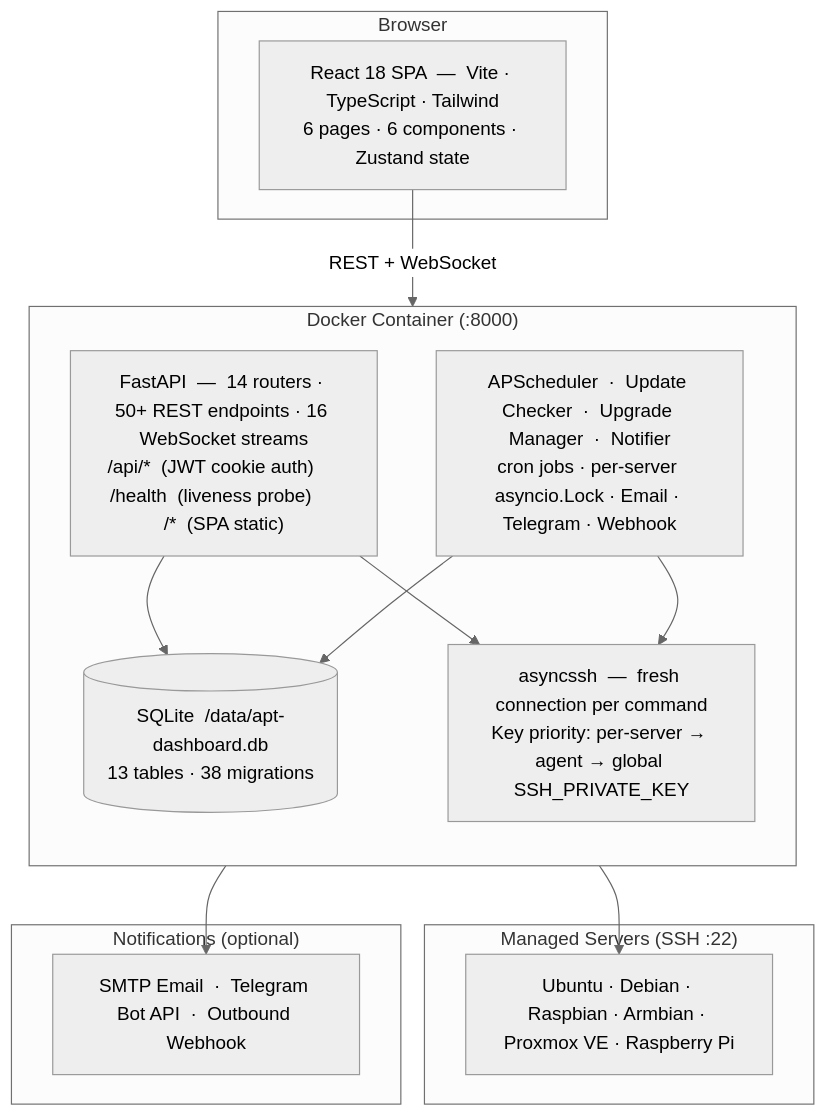
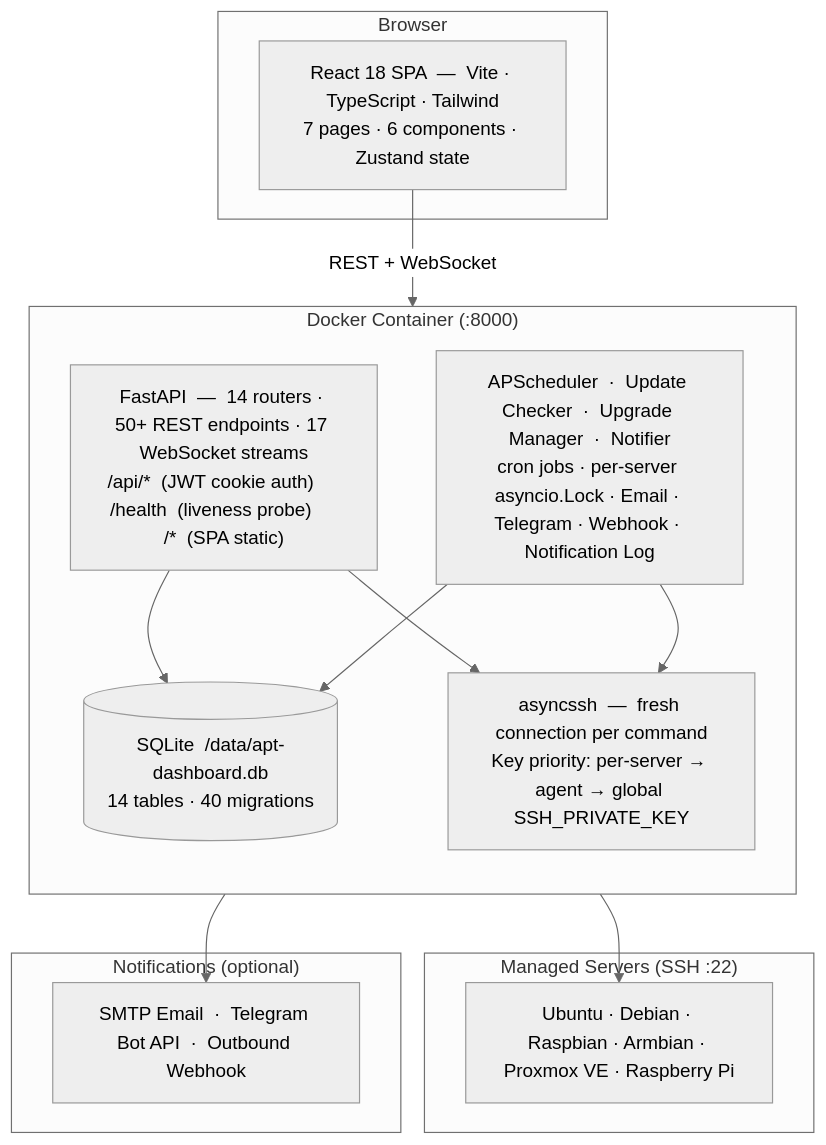
Before and after one commit to mzac/apt-ui: the diagram in README.md, drawn with Mermaid (neutral theme). The commit also changed other lines of this file and 19 other files, not shown here.

First line of the commit message:
feat: server reachability, notification log, package compare, PVE awareness

````diff
--- a/README.md
+++ b/README.md
@@ -307,30 +311,30 @@
 ```mermaid
 graph TB
     subgraph browser["Browser"]
-        SPA["React 18 SPA  —  Vite · TypeScript · Tailwind\n6 pages · 6 components · Zustand state"]
+        SPA["React 18 SPA  —  Vite · TypeScript · Tailwind\n7 pages · 6 components · Zustand state"]
     end
 
     subgraph container["Docker Container  (:8000)"]
         direction TB
-        API["FastAPI  —  14 routers · 50+ REST endpoints · 16 WebSocket streams\n/api/*  (JWT cookie auth)     /health  (liveness probe)     /*  (SPA static)"]
-        BG["APScheduler  ·  Update Checker  ·  Upgrade Manager  ·  Notifier\ncron jobs · per-server asyncio.Lock · Email · Telegram · Webhook"]
-        DB[("SQLite  /data/apt-dashboard.db\n13 tables · 38 migrations")]
+        API["FastAPI  —  14 routers · 50+ REST endpoints · 17 WebSocket streams\n/api/*  (JWT cookie auth)     /health  (liveness probe)     /*  (SPA static)"]
+        BG["APScheduler  ·  Update Checker  ·  Upgrade Manager  ·  Notifier\ncron jobs · per-server asyncio.Lock · Email · Telegram · Webhook · Notification Log"]
+        DB[("SQLite  /data/apt-dashboard.db\n14 tables · 40 migrations")]
         SSH["asyncssh  —  fresh connection per command\nKey priority: per-server → agent → global SSH_PRIVATE_KEY"]
     end
 
     subgraph servers["Managed Servers  (SSH :22)"]
         S["Ubuntu · Debian · Raspbian · Armbian · Proxmox VE · Raspberry Pi"]
     end
 
     subgraph notif["Notifications  (optional)"]
         N["SMTP Email  ·  Telegram Bot API  ·  Outbound Webhook"]
     end
 
     SPA -- "REST + WebSocket" --> API
     API --> DB
     API --> SSH
     BG --> DB
     BG --> SSH
     BG --> N
     SSH --> S
 ```
````
